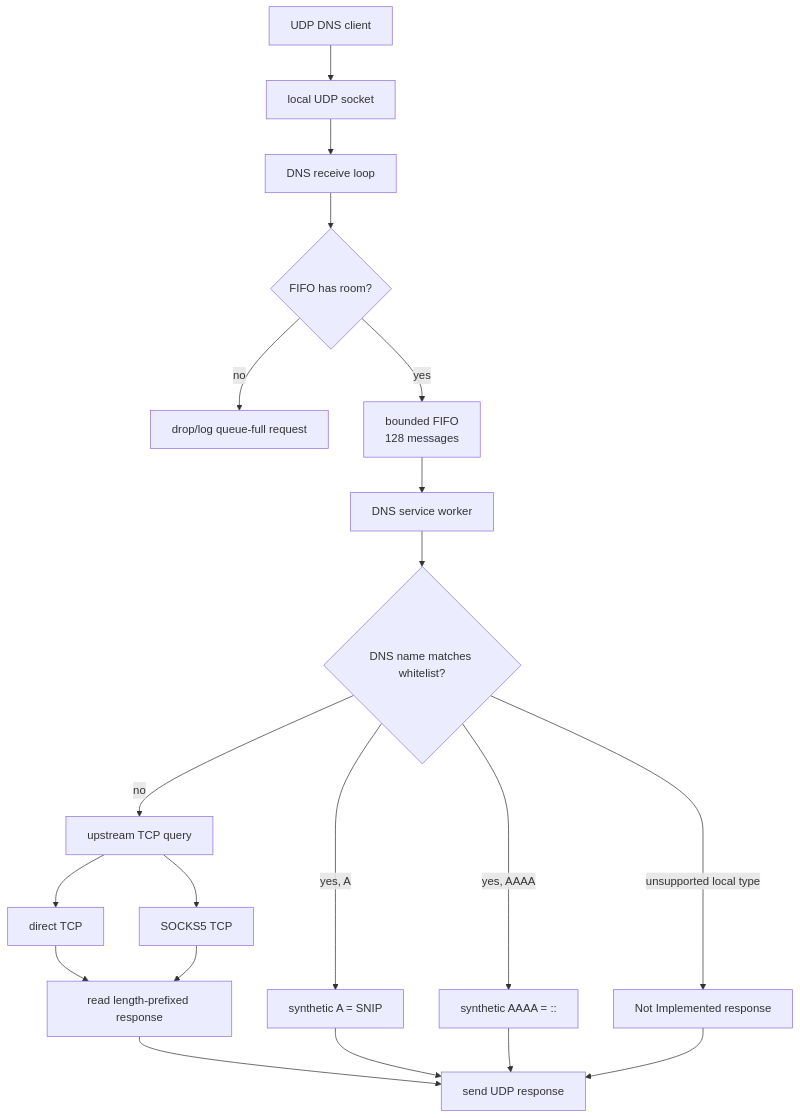
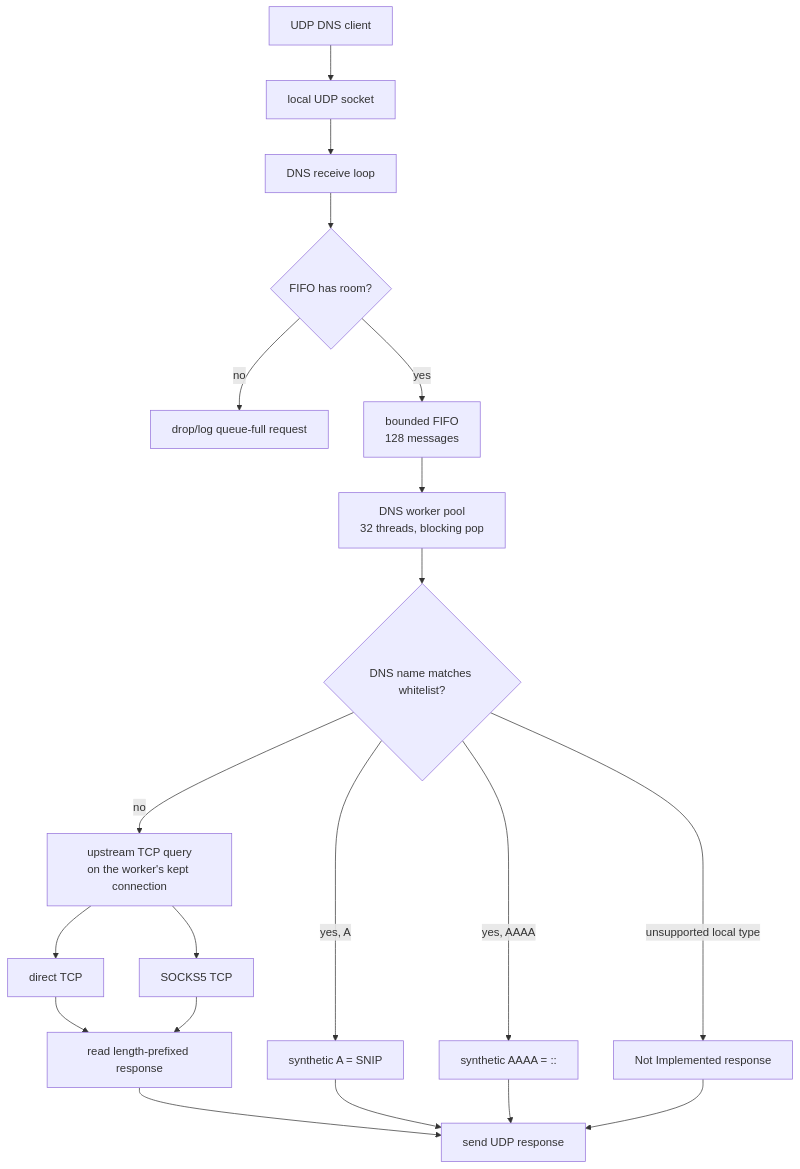
The seventh of 11 diagrams in ARCHITECTURE.md (0x7a657573/zroxy), drawn with Mermaid before and after one commit. The commit also changed other lines of this file and 3 other files, not shown here.

````diff
--- a/ARCHITECTURE.md
+++ b/ARCHITECTURE.md
@@ -533,22 +569,22 @@
 ```mermaid
 flowchart TD
     U[UDP DNS client] --> L[local UDP socket]
     L --> R[DNS receive loop]
     R --> Q{FIFO has room?}
     Q -- no --> Drop[drop/log queue-full request]
     Q -- yes --> F[bounded FIFO\n128 messages]
-    F --> W[DNS service worker]
+    F --> W[DNS worker pool\n32 threads, blocking pop]
     W --> C{DNS name matches whitelist?}
     C -- yes, A --> SA[synthetic A = SNIP]
     C -- yes, AAAA --> SAAAA[synthetic AAAA = ::]
     C -- unsupported local type --> NI[Not Implemented response]
-    C -- no --> T[upstream TCP query]
+    C -- no --> T[upstream TCP query\non the worker's kept connection]
     T --> D[direct TCP]
     T --> X[SOCKS5 TCP]
     D --> R2[read length-prefixed response]
     X --> R2
     R2 --> Reply[send UDP response]
     SA --> Reply
     SAAAA --> Reply
     NI --> Reply
 ```
````
